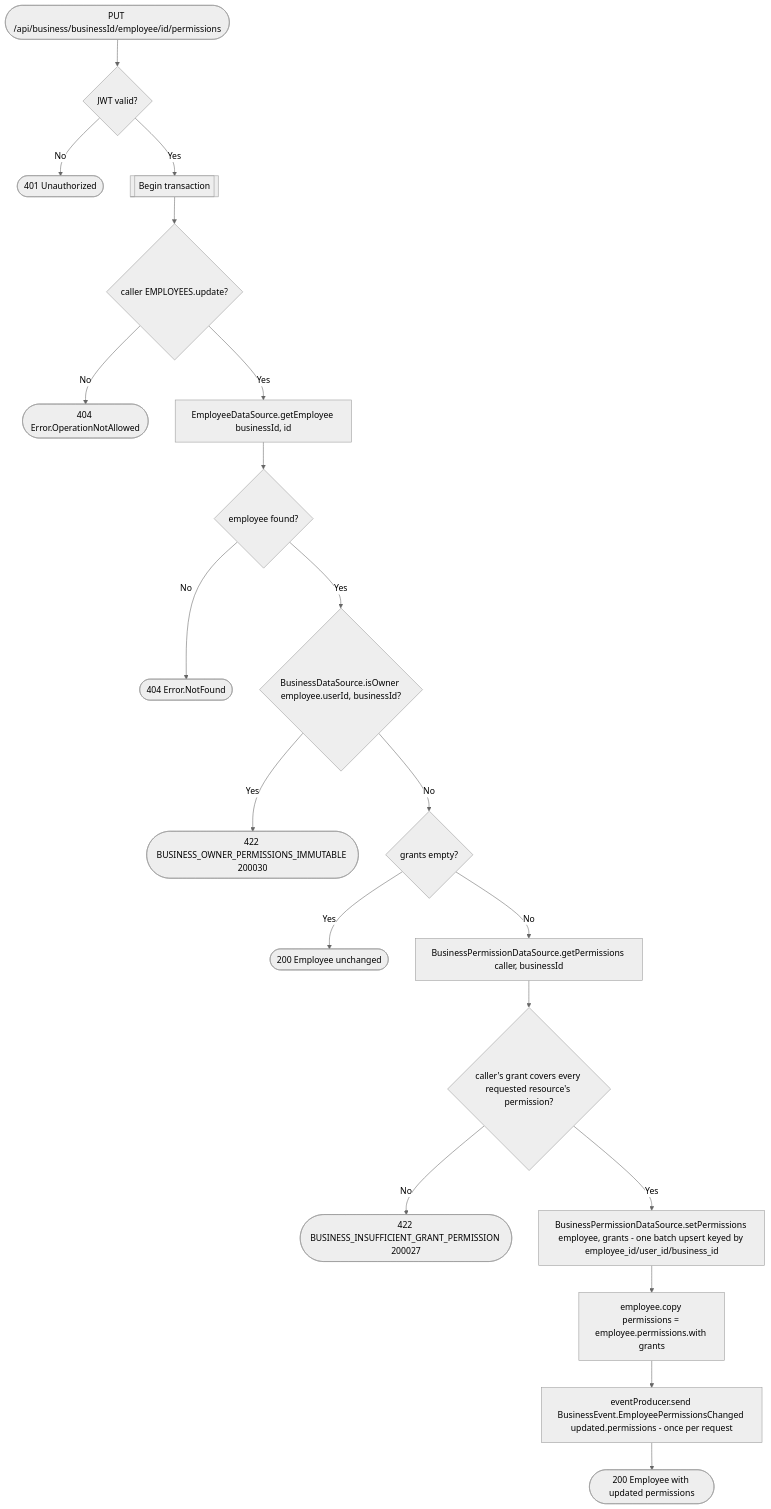
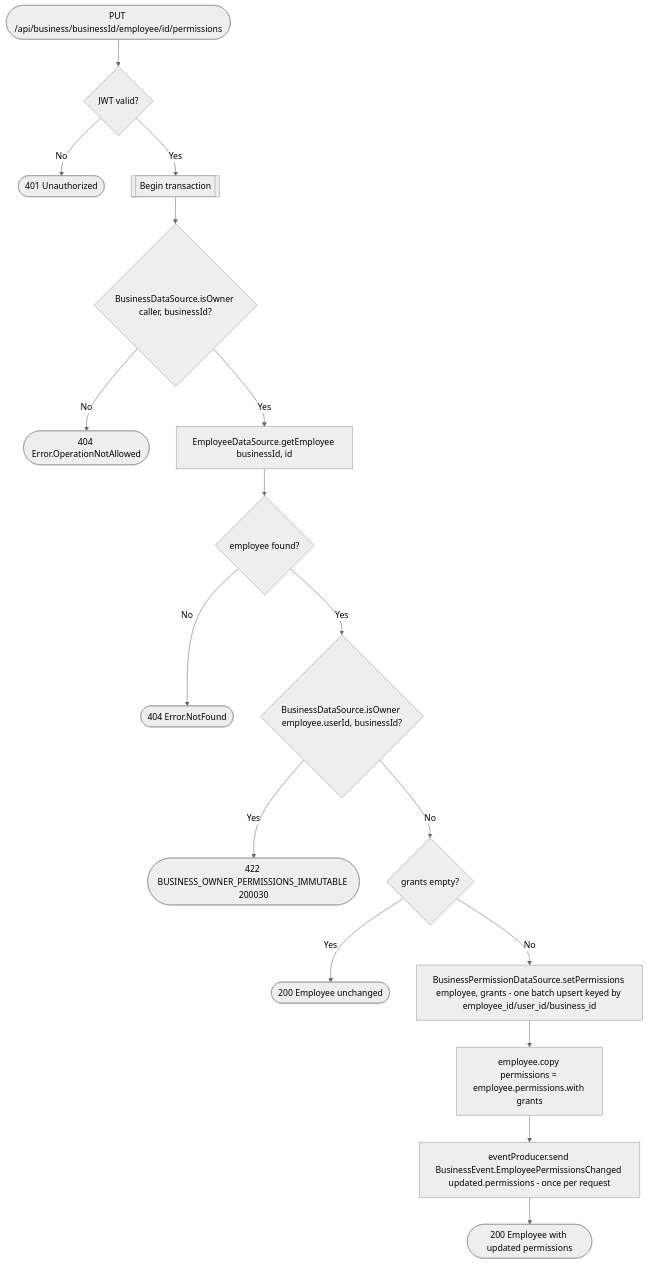
One commit to an22/bookk.me-backend changed the diagram in docs/operations/business/set-employee-permissions.md. Above: the diagram before and after it, drawn with Mermaid (neutral theme). The commit also changed other lines of this file and 19 other files, not shown here.

````diff
--- a/docs/operations/business/set-employee-permissions.md
+++ b/docs/operations/business/set-employee-permissions.md
@@ -27,22 +25,19 @@
 ```mermaid
 flowchart TD
     Start([PUT /api/business/businessId/employee/id/permissions]) --> Auth{JWT valid?}
     Auth -- No --> R401([401 Unauthorized])
     Auth -- Yes --> Tx[[Begin transaction]]
-    Tx --> PermCheck{caller EMPLOYEES.update?}
+    Tx --> PermCheck{BusinessDataSource.isOwner caller, businessId?}
     PermCheck -- No --> R404a([404 Error.OperationNotAllowed])
     PermCheck -- Yes --> Lookup[EmployeeDataSource.getEmployee businessId, id]
     Lookup --> Found{employee found?}
     Found -- No --> R404b([404 Error.NotFound])
     Found -- Yes --> Owner{BusinessDataSource.isOwner employee.userId, businessId?}
     Owner -- Yes --> R422o([422 BUSINESS_OWNER_PERMISSIONS_IMMUTABLE 200030])
     Owner -- No --> Empty{grants empty?}
     Empty -- Yes --> R200a([200 Employee unchanged])
-    Empty -- No --> OwnGrants[BusinessPermissionDataSource.getPermissions caller, businessId]
-    OwnGrants --> Covers{caller's grant covers every requested resource's permission?}
-    Covers -- No --> R422([422 BUSINESS_INSUFFICIENT_GRANT_PERMISSION 200027])
-    Covers -- Yes --> Set[BusinessPermissionDataSource.setPermissions employee, grants - one batch upsert keyed by employee_id/user_id/business_id]
+    Empty -- No --> Set[BusinessPermissionDataSource.setPermissions employee, grants - one batch upsert keyed by employee_id/user_id/business_id]
     Set --> Merge[employee.copy permissions = employee.permissions.with grants]
     Merge --> Event[eventProducer.send BusinessEvent.EmployeePermissionsChanged updated.permissions - once per request]
     Event --> R200([200 Employee with updated permissions])
 ```
````
